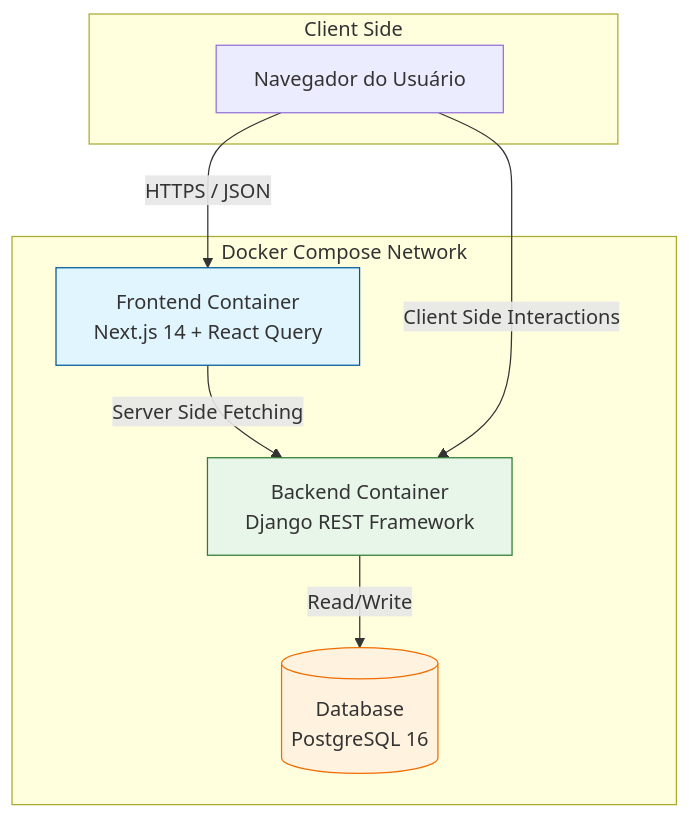
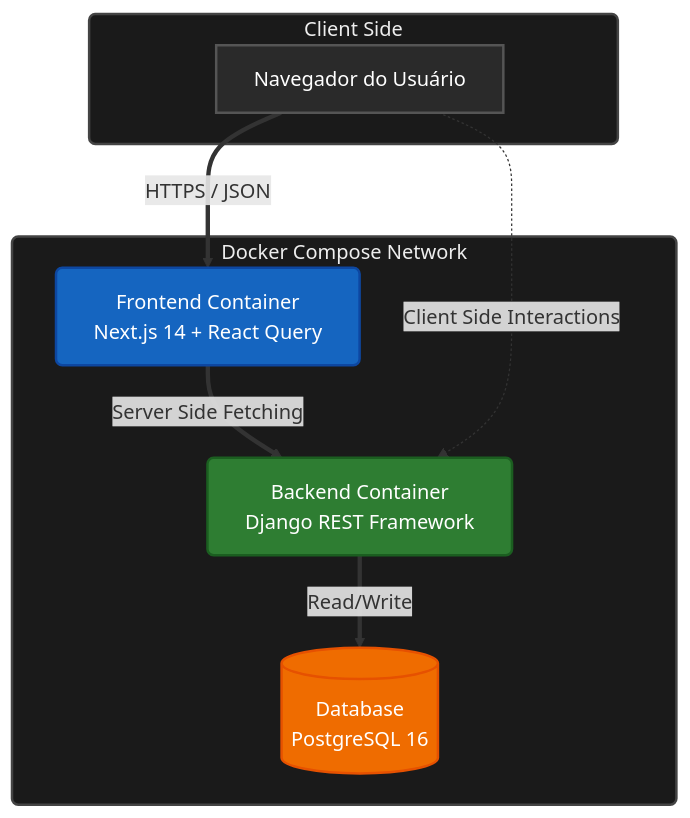
Before and after one commit to paulojoseph/sigma-loc10: the first of 2 diagrams in README.md, drawn with Mermaid. The commit also changed 1 other file, not shown here.

Commit message:
docs: restore markdown formatting in docs and readme

````diff
--- a/README.md
+++ b/README.md
@@ -42,21 +42,26 @@
 ```mermaid
 graph TD
+    %% Estilos Globais
+    classDef default fill:#2a2a2a,stroke:#555,stroke-width:2px,color:#fff;
+    classDef cluster fill:#1a1a1a,stroke:#444,stroke-width:2px,color:#eee,rx:5,ry:5;
+
     subgraph "Client Side"
-        Browser[Navegador do Usuário]
+        Browser[Navegador do Usuário]:::default
     end
 
     subgraph "Docker Compose Network"
         FE[Frontend Container<br/>Next.js 14 + React Query]
         API[Backend Container<br/>Django REST Framework]
         DB[(Database<br/>PostgreSQL 16)]
     end
 
-    Browser -->|HTTPS / JSON| FE
-    FE -->|Server Side Fetching| API
-    Browser -->|Client Side Interactions| API
-    API -->|Read/Write| DB
+    Browser ==>|HTTPS / JSON| FE
+    FE ==>|Server Side Fetching| API
+    Browser -.->|Client Side Interactions| API
+    API ==>|Read/Write| DB
     
-    style FE fill:#e1f5fe,stroke:#01579b
-    style API fill:#e8f5e9,stroke:#2e7d32
-    style DB fill:#fff3e0,stroke:#ef6c00
+    %% Cores Vibrantes (Dark Mode Friendly)
+    style FE fill:#1565C0,stroke:#0D47A1,stroke-width:2px,color:#fff,rx:5,ry:5
+    style API fill:#2E7D32,stroke:#1B5E20,stroke-width:2px,color:#fff,rx:5,ry:5
+    style DB fill:#EF6C00,stroke:#E65100,stroke-width:2px,color:#fff
 ```
````
